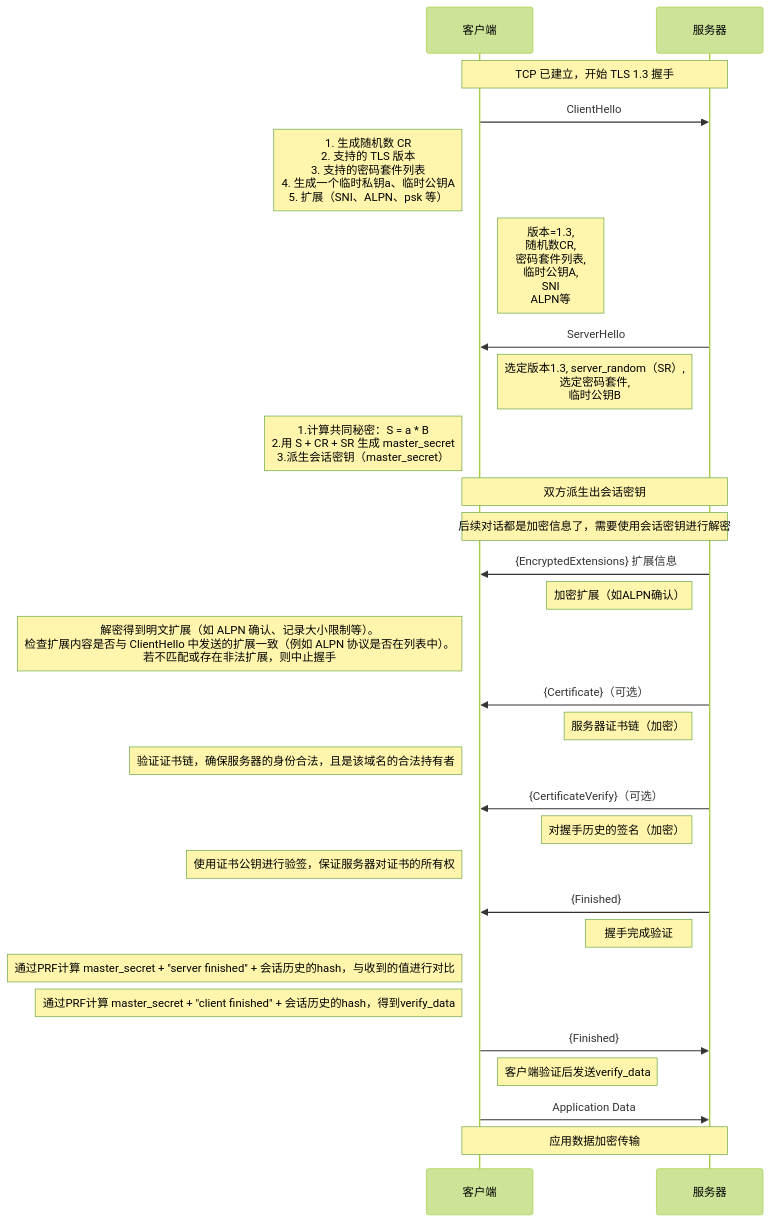
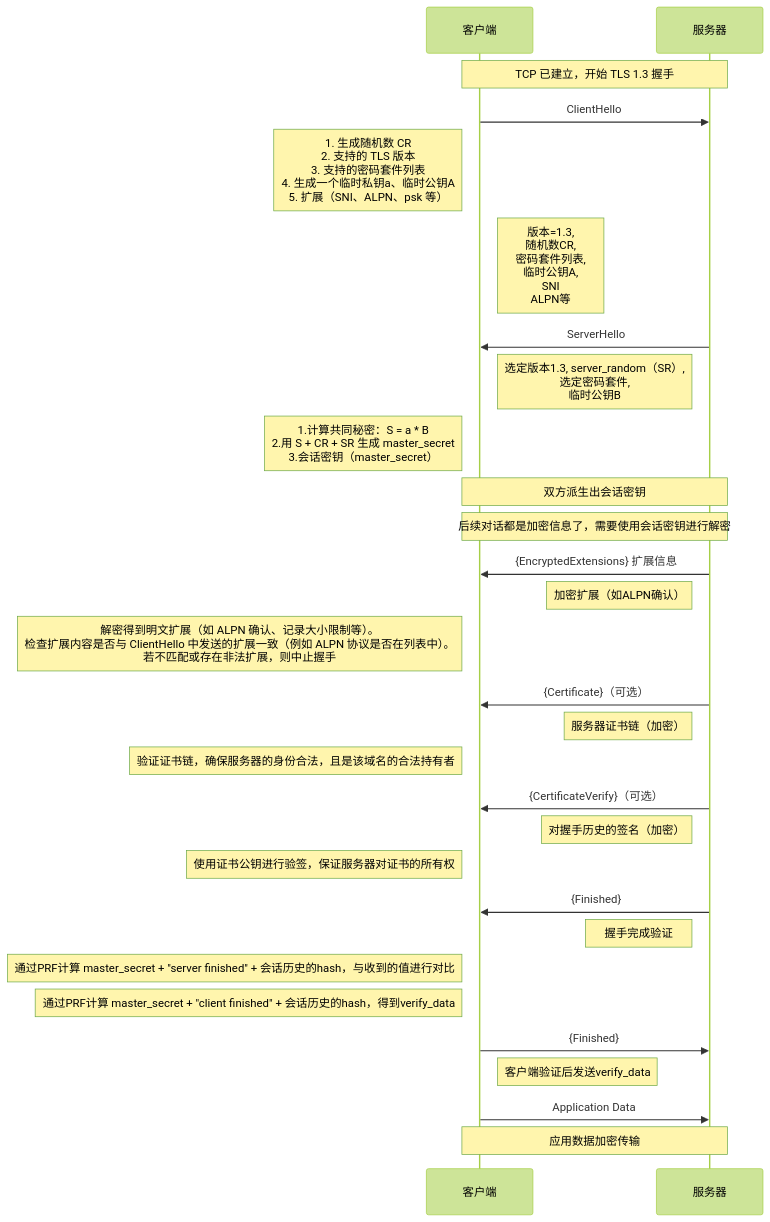
The diagram in all/TLS-1.3-通用.md (HY-10-8/iodraw-files), drawn with Mermaid (forest theme) before and after one commit.

Commit message:
2026-03-31 09:23:43 update

````diff
--- a/all/TLS-1.3-通用.md
+++ b/all/TLS-1.3-通用.md
@@ -1,41 +1,41 @@
 ```mermaid
 sequenceDiagram
     participant C as 客户端
     participant S as 服务器
 
     Note over C,S: TCP 已建立，开始 TLS 1.3 握手
 
     C->>S: ClientHello
     Note left of C: 1. 生成随机数 CR<br/> 2. 支持的 TLS 版本<br/> 3. 支持的密码套件列表<br/> 4. 生成一个临时私钥a、临时公钥A<br/> 5. 扩展（SNI、ALPN、psk 等）
     Note right of C: 版本=1.3,<br/> 随机数CR,<br/> 密码套件列表,<br/> 临时公钥A,<br/> SNI<br/> ALPN等
 
     S->>C: ServerHello
-    Note left of S: 选定版本1.3, server_random（SR）,<br/> 选定密码套件, <br/> 临时公钥B
-    Note left of C: 1.计算共同秘密：S = a * B<br/> 2.用 S + CR + SR 生成 master_secret<br/> 3.派生会话密钥（master_secret）
+    Note left of S: 选定版本1.3, server_random（SR）,<br/> 选定密码套件, <br/>临时公钥B
+    Note left of C: 1.计算共同秘密：S = a * B<br/> 2.用 S + CR + SR 生成 master_secret<br/> 3.会话密钥（master_secret）
 
     Note over C,S: 双方派生出会话密钥
     Note over C,S: 后续对话都是加密信息了，需要使用会话密钥进行解密
 
     S->>C: {EncryptedExtensions} 扩展信息
     Note left of S: 加密扩展（如ALPN确认）
     Note left of C: 解密得到明文扩展（如 ALPN 确认、记录大小限制等）。<br/>检查扩展内容是否与 ClientHello 中发送的扩展一致（例如 ALPN 协议是否在列表中）。<br/> 若不匹配或存在非法扩展，则中止握手
 
     S->>C: {Certificate}（可选）
     Note left of S: 服务器证书链（加密）
     Note left of C: 验证证书链，确保服务器的身份合法，且是该域名的合法持有者
 
     S->>C: {CertificateVerify}（可选）
     Note left of S: 对握手历史的签名（加密）
     Note left of C: 使用证书公钥进行验签，保证服务器对证书的所有权
 
     S->>C: {Finished}
     Note left of S: 握手完成验证
     Note left of C: 通过PRF计算 master_secret + "server finished" + 会话历史的hash，与收到的值进行对比
     Note left of C: 通过PRF计算 master_secret + "client finished" + 会话历史的hash，得到verify_data
 
     C->>S: {Finished}
     Note right of C: 客户端验证后发送verify_data
 
     C->>S: Application Data
     Note over C,S: 应用数据加密传输
 ```
````
